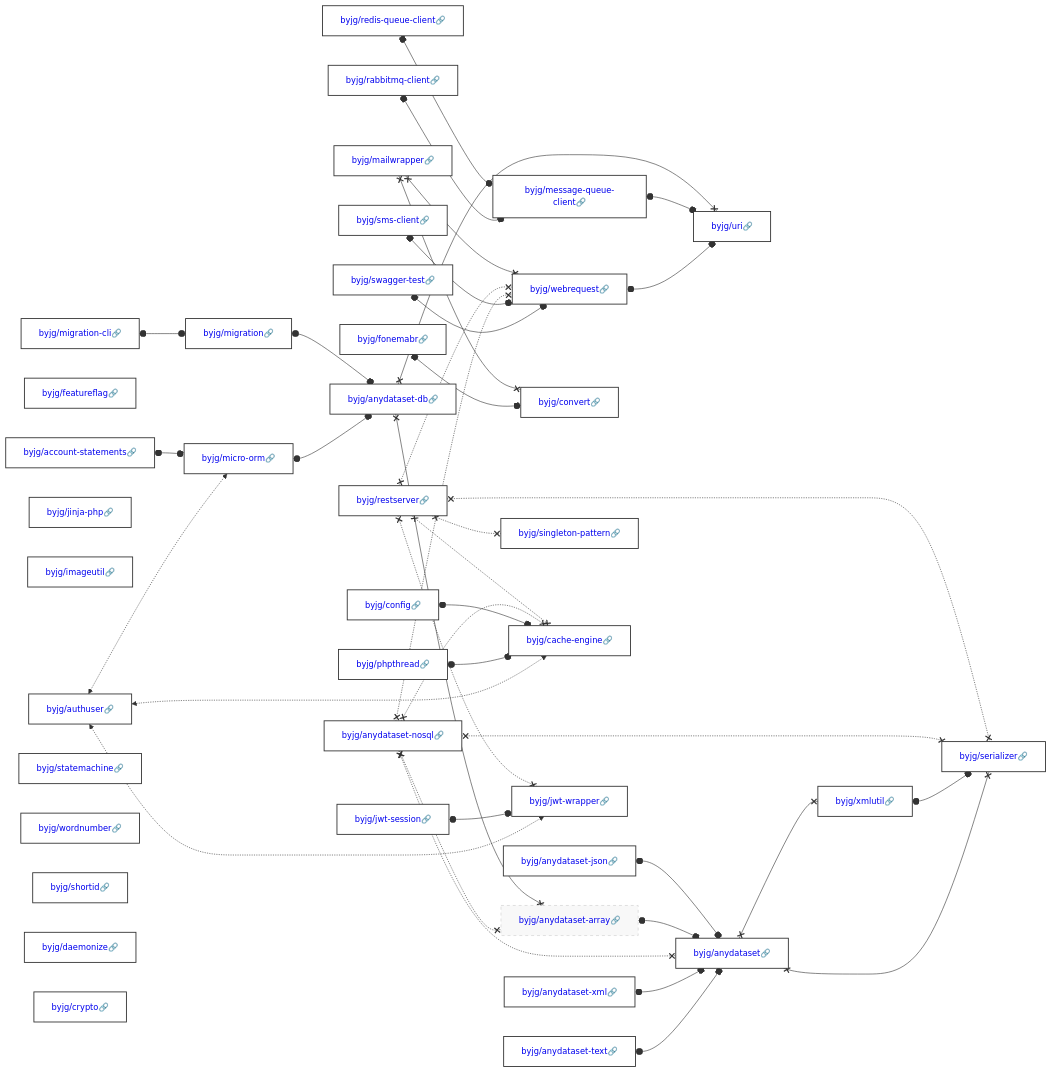
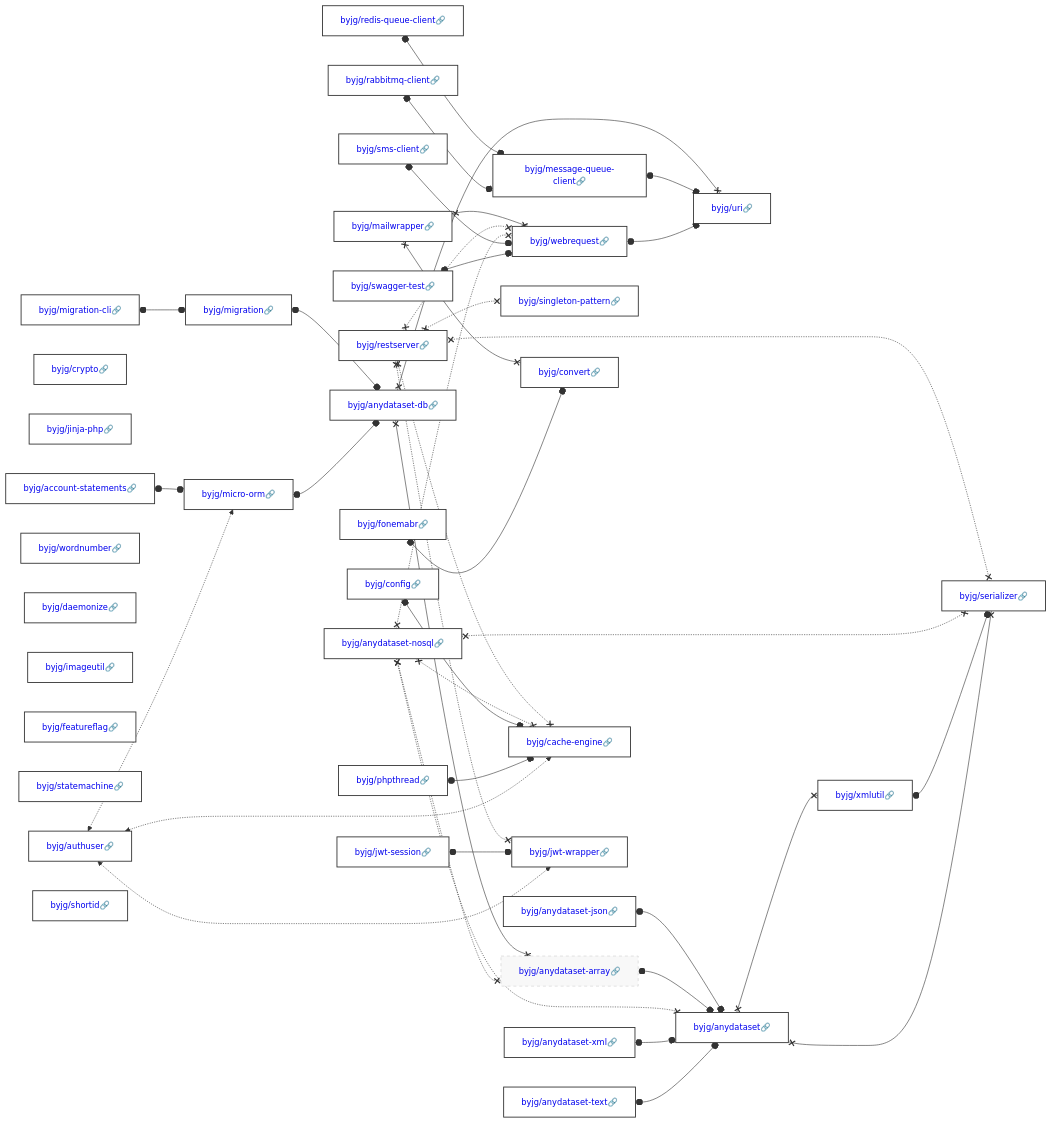
Before and after one commit to byjg/byjg.github.io: the diagram in docs/php/README.md, drawn with Mermaid. The commit also changed other lines of this file and 3 other files, not shown here.

```diff
--- a/docs/php/README.md
+++ b/docs/php/README.md
@@ -4,36 +4,36 @@
 graph LR;
   byjg/anydataset-text[<a href='https://opensource.byjg.com/docs/php/anydataset-text' style='text-decoration:none'>byjg/anydataset-text🔗</a>];
   byjg/anydataset-nosql[<a href='https://opensource.byjg.com/docs/php/anydataset-nosql' style='text-decoration:none'>byjg/anydataset-nosql🔗</a>];
+  byjg/restserver[<a href='https://opensource.byjg.com/docs/php/restserver' style='text-decoration:none'>byjg/restserver🔗</a>];
+  byjg/mailwrapper[<a href='https://opensource.byjg.com/docs/php/mailwrapper' style='text-decoration:none'>byjg/mailwrapper🔗</a>];
   byjg/account-statements[<a href='https://opensource.byjg.com/docs/php/account-statements' style='text-decoration:none'>byjg/account-statements🔗</a>];
+  byjg/crypto[<a href='https://opensource.byjg.com/docs/php/crypto' style='text-decoration:none'>byjg/crypto🔗</a>];
+  byjg/phpthread[<a href='https://opensource.byjg.com/docs/php/phpthread' style='text-decoration:none'>byjg/phpthread🔗</a>];
+  byjg/redis-queue-client[<a href='https://opensource.byjg.com/docs/php/redis-queue-client' style='text-decoration:none'>byjg/redis-queue-client🔗</a>];
+  byjg/jinja-php[<a href='https://opensource.byjg.com/docs/php/jinja-php' style='text-decoration:none'>byjg/jinja-php🔗</a>];
+  byjg/anydataset-xml[<a href='https://opensource.byjg.com/docs/php/anydataset-xml' style='text-decoration:none'>byjg/anydataset-xml🔗</a>];
+  byjg/swagger-test[<a href='https://opensource.byjg.com/docs/php/swagger-test' style='text-decoration:none'>byjg/swagger-test🔗</a>];
+  byjg/jwt-session[<a href='https://opensource.byjg.com/docs/php/jwt-session' style='text-decoration:none'>byjg/jwt-session🔗</a>];
+  byjg/rabbitmq-client[<a href='https://opensource.byjg.com/docs/php/rabbitmq-client' style='text-decoration:none'>byjg/rabbitmq-client🔗</a>];
+  byjg/anydataset-json[<a href='https://opensource.byjg.com/docs/php/anydataset-json' style='text-decoration:none'>byjg/anydataset-json🔗</a>];
+  byjg/fonemabr[<a href='https://opensource.byjg.com/docs/php/fonemabr' style='text-decoration:none'>byjg/fonemabr🔗</a>];
+  byjg/migration-cli[<a href='https://opensource.byjg.com/docs/php/migration-cli' style='text-decoration:none'>byjg/migration-cli🔗</a>];
+  byjg/wordnumber[<a href='https://opensource.byjg.com/docs/php/wordnumber' style='text-decoration:none'>byjg/wordnumber🔗</a>];
+  byjg/daemonize[<a href='https://opensource.byjg.com/docs/php/daemonize' style='text-decoration:none'>byjg/daemonize🔗</a>];
+  byjg/imageutil[<a href='https://opensource.byjg.com/docs/php/imageutil' style='text-decoration:none'>byjg/imageutil🔗</a>];
+  byjg/sms-client[<a href='https://opensource.byjg.com/docs/php/sms-client' style='text-decoration:none'>byjg/sms-client🔗</a>];
+  byjg/featureflag[<a href='https://opensource.byjg.com/docs/php/featureflag' style='text-decoration:none'>byjg/featureflag🔗</a>];
   byjg/config[<a href='https://opensource.byjg.com/docs/php/config' style='text-decoration:none'>byjg/config🔗</a>];
-  byjg/featureflag[<a href='https://opensource.byjg.com/docs/php/featureflag' style='text-decoration:none'>byjg/featureflag🔗</a>];
-  byjg/mailwrapper[<a href='https://opensource.byjg.com/docs/php/mailwrapper' style='text-decoration:none'>byjg/mailwrapper🔗</a>];
-  byjg/swagger-test[<a href='https://opensource.byjg.com/docs/php/swagger-test' style='text-decoration:none'>byjg/swagger-test🔗</a>];
+  byjg/statemachine[<a href='https://opensource.byjg.com/docs/php/statemachine' style='text-decoration:none'>byjg/statemachine🔗</a>];
   byjg/authuser[<a href='https://opensource.byjg.com/docs/php/authuser' style='text-decoration:none'>byjg/authuser🔗</a>];
-  byjg/jinja-php[<a href='https://opensource.byjg.com/docs/php/jinja-php' style='text-decoration:none'>byjg/jinja-php🔗</a>];
-  byjg/phpthread[<a href='https://opensource.byjg.com/docs/php/phpthread' style='text-decoration:none'>byjg/phpthread🔗</a>];
-  byjg/imageutil[<a href='https://opensource.byjg.com/docs/php/imageutil' style='text-decoration:none'>byjg/imageutil🔗</a>];
-  byjg/migration-cli[<a href='https://opensource.byjg.com/docs/php/migration-cli' style='text-decoration:none'>byjg/migration-cli🔗</a>];
-  byjg/statemachine[<a href='https://opensource.byjg.com/docs/php/statemachine' style='text-decoration:none'>byjg/statemachine🔗</a>];
-  byjg/wordnumber[<a href='https://opensource.byjg.com/docs/php/wordnumber' style='text-decoration:none'>byjg/wordnumber🔗</a>];
   byjg/shortid[<a href='https://opensource.byjg.com/docs/php/shortid' style='text-decoration:none'>byjg/shortid🔗</a>];
-  byjg/daemonize[<a href='https://opensource.byjg.com/docs/php/daemonize' style='text-decoration:none'>byjg/daemonize🔗</a>];
-  byjg/jwt-session[<a href='https://opensource.byjg.com/docs/php/jwt-session' style='text-decoration:none'>byjg/jwt-session🔗</a>];
-  byjg/sms-client[<a href='https://opensource.byjg.com/docs/php/sms-client' style='text-decoration:none'>byjg/sms-client🔗</a>];
-  byjg/anydataset-xml[<a href='https://opensource.byjg.com/docs/php/anydataset-xml' style='text-decoration:none'>byjg/anydataset-xml🔗</a>];
-  byjg/rabbitmq-client[<a href='https://opensource.byjg.com/docs/php/rabbitmq-client' style='text-decoration:none'>byjg/rabbitmq-client🔗</a>];
-  byjg/crypto[<a href='https://opensource.byjg.com/docs/php/crypto' style='text-decoration:none'>byjg/crypto🔗</a>];
-  byjg/fonemabr[<a href='https://opensource.byjg.com/docs/php/fonemabr' style='text-decoration:none'>byjg/fonemabr🔗</a>];
-  byjg/anydataset-json[<a href='https://opensource.byjg.com/docs/php/anydataset-json' style='text-decoration:none'>byjg/anydataset-json🔗</a>];
-  byjg/redis-queue-client[<a href='https://opensource.byjg.com/docs/php/redis-queue-client' style='text-decoration:none'>byjg/redis-queue-client🔗</a>];
-  byjg/restserver[<a href='https://opensource.byjg.com/docs/php/restserver' style='text-decoration:none'>byjg/restserver🔗</a>];
+  byjg/singleton-pattern[<a href='https://opensource.byjg.com/docs/php/singleton-pattern' style='text-decoration:none'>byjg/singleton-pattern🔗</a>];
+  byjg/message-queue-client[<a href='https://opensource.byjg.com/docs/php/message-queue-client' style='text-decoration:none'>byjg/message-queue-client🔗</a>];
+  byjg/convert[<a href='https://opensource.byjg.com/docs/php/convert' style='text-decoration:none'>byjg/convert🔗</a>];
+  byjg/migration[<a href='https://opensource.byjg.com/docs/php/migration' style='text-decoration:none'>byjg/migration🔗</a>];
+  byjg/webrequest[<a href='https://opensource.byjg.com/docs/php/webrequest' style='text-decoration:none'>byjg/webrequest🔗</a>];
   byjg/micro-orm[<a href='https://opensource.byjg.com/docs/php/micro-orm' style='text-decoration:none'>byjg/micro-orm🔗</a>];
-  byjg/migration[<a href='https://opensource.byjg.com/docs/php/migration' style='text-decoration:none'>byjg/migration🔗</a>];
-  byjg/convert[<a href='https://opensource.byjg.com/docs/php/convert' style='text-decoration:none'>byjg/convert🔗</a>];
-  byjg/message-queue-client[<a href='https://opensource.byjg.com/docs/php/message-queue-client' style='text-decoration:none'>byjg/message-queue-client🔗</a>];
-  byjg/singleton-pattern[<a href='https://opensource.byjg.com/docs/php/singleton-pattern' style='text-decoration:none'>byjg/singleton-pattern🔗</a>];
   byjg/cache-engine[<a href='https://opensource.byjg.com/docs/php/cache-engine' style='text-decoration:none'>byjg/cache-engine🔗</a>];
-  byjg/webrequest[<a href='https://opensource.byjg.com/docs/php/webrequest' style='text-decoration:none'>byjg/webrequest🔗</a>];
   byjg/jwt-wrapper[<a href='https://opensource.byjg.com/docs/php/jwt-wrapper' style='text-decoration:none'>byjg/jwt-wrapper🔗</a>];
   byjg/anydataset-db[<a href='https://opensource.byjg.com/docs/php/anydataset-db' style='text-decoration:none'>byjg/anydataset-db🔗</a>];
   byjg/anydataset-array[<a href='https://opensource.byjg.com/docs/php/anydataset-array' style='text-decoration:none'>byjg/anydataset-array🔗</a>];
```
